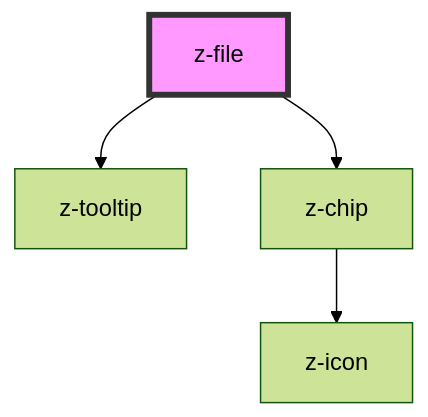
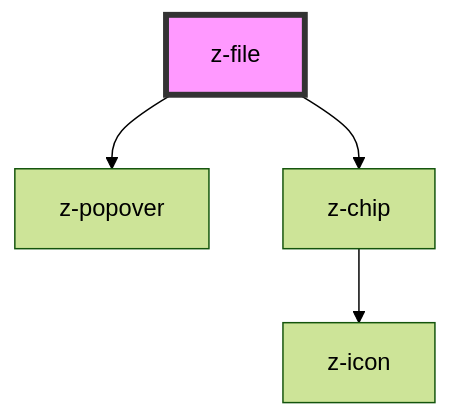
One commit to ZanichelliEditore/design-system changed the diagram in src/components/file-upload/z-file/readme.md. Above: the diagram before and after it, drawn with Mermaid (forest theme). The commit also changed other lines of this file and 25 other files, not shown here.

````diff
--- a/src/components/file-upload/z-file/readme.md
+++ b/src/components/file-upload/z-file/readme.md
@@ -30,7 +30,7 @@
 ```mermaid
 graph TD;
-  z-file --> z-tooltip
+  z-file --> z-popover
   z-file --> z-chip
   z-chip --> z-icon
   style z-file fill:#f9f,stroke:#333,stroke-width:4px
 ```
````
